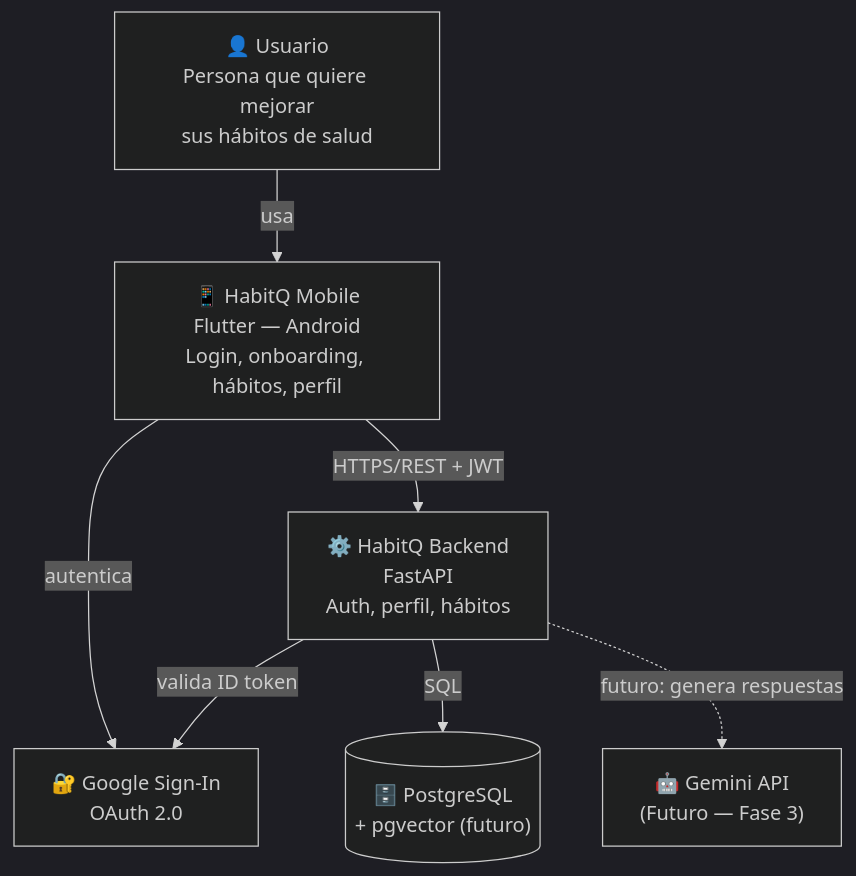
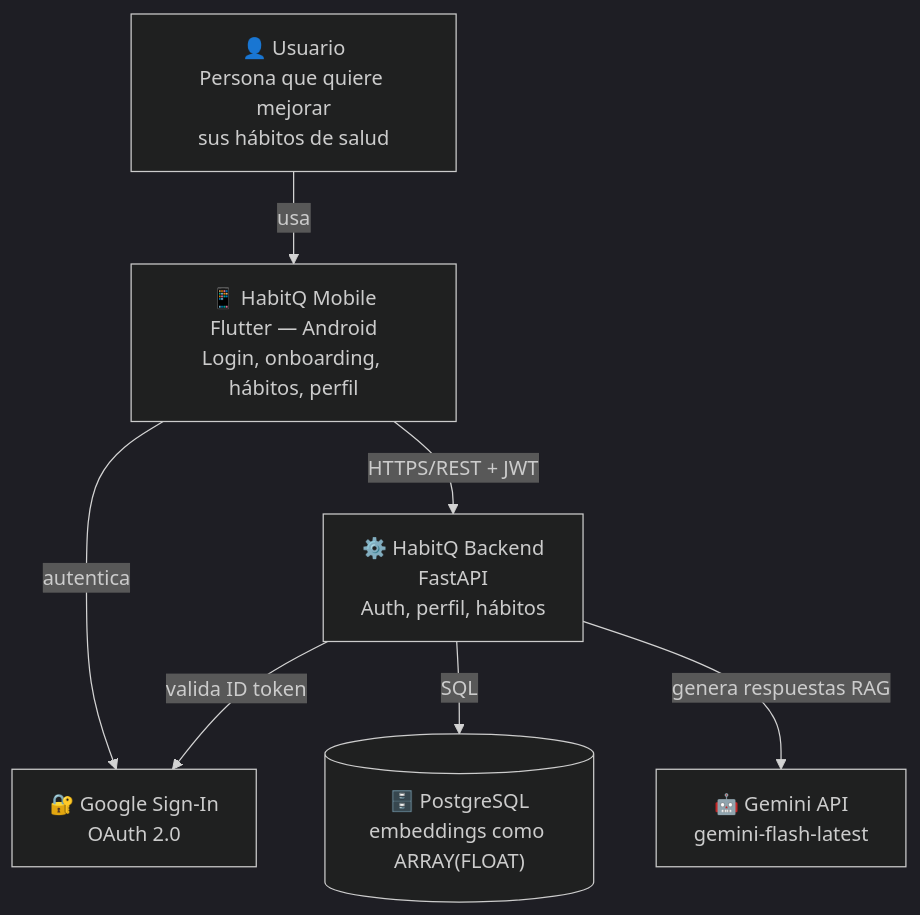
One commit to FedeJGM/HabitQ changed the diagram in docs/diagrams/c4-context.md. Above: the diagram before and after it, drawn with Mermaid (dark theme). The commit also changed other lines of this file and 2 other files, not shown here.

First line of the commit message:
docs: finish reconciling remaining docs with the completed Fase 3/4

````diff
--- a/docs/diagrams/c4-context.md
+++ b/docs/diagrams/c4-context.md
@@ -7,16 +7,16 @@
 ```mermaid
 graph TD
     user["👤 Usuario<br/>Persona que quiere mejorar<br/>sus hábitos de salud"]
     mobile["📱 HabitQ Mobile<br/>Flutter — Android<br/>Login, onboarding, hábitos, perfil"]
     backend["⚙️ HabitQ Backend<br/>FastAPI<br/>Auth, perfil, hábitos"]
     google["🔐 Google Sign-In<br/>OAuth 2.0"]
-    postgres[("🗄️ PostgreSQL<br/>+ pgvector (futuro)")]
-    gemini["🤖 Gemini API<br/>(Futuro — Fase 3)"]
+    postgres[("🗄️ PostgreSQL<br/>embeddings como ARRAY(FLOAT)")]
+    gemini["🤖 Gemini API<br/>gemini-flash-latest"]
 
     user -->|usa| mobile
     mobile -->|autentica| google
     mobile -->|HTTPS/REST + JWT| backend
     backend -->|valida ID token| google
     backend -->|SQL| postgres
-    backend -.->|futuro: genera respuestas| gemini
+    backend -->|genera respuestas RAG| gemini
 ```
````
